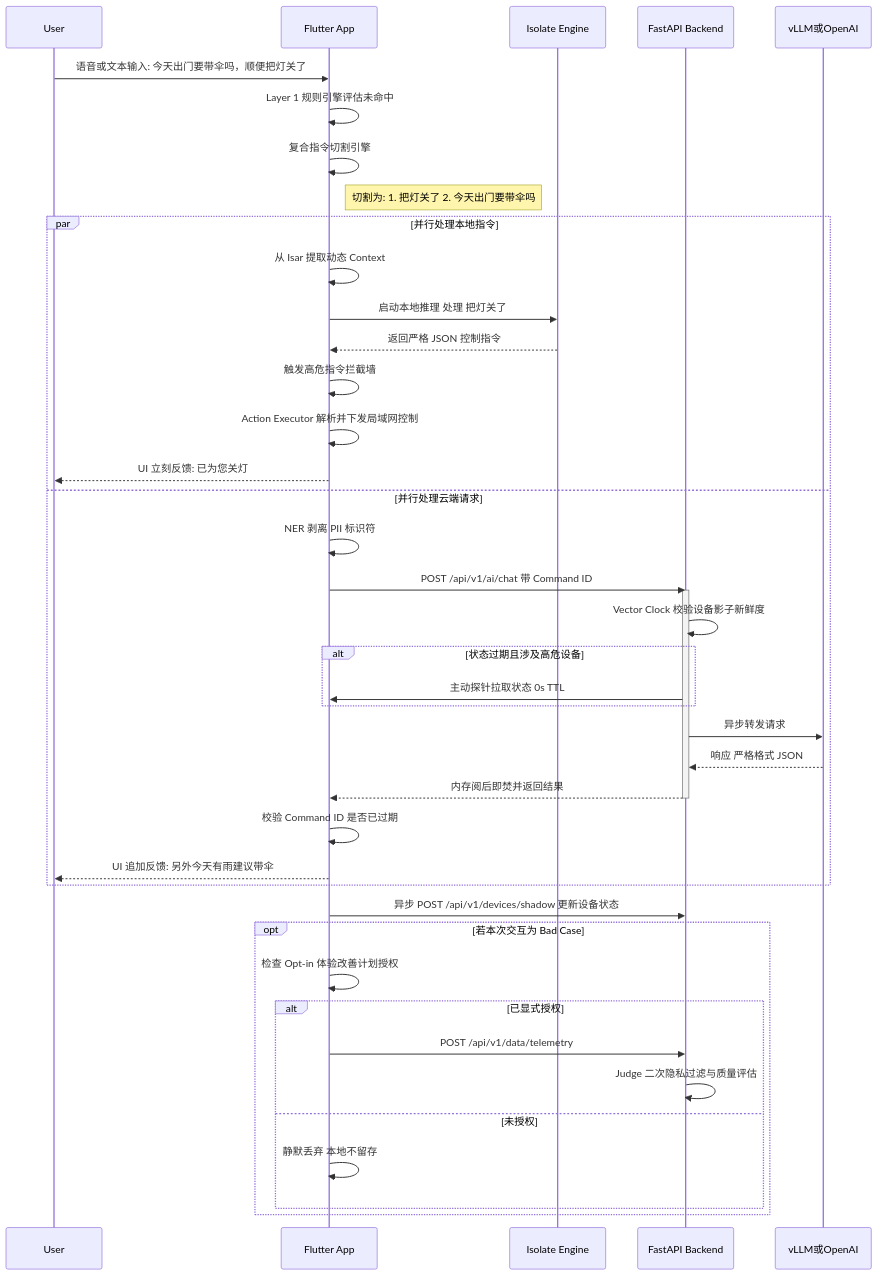
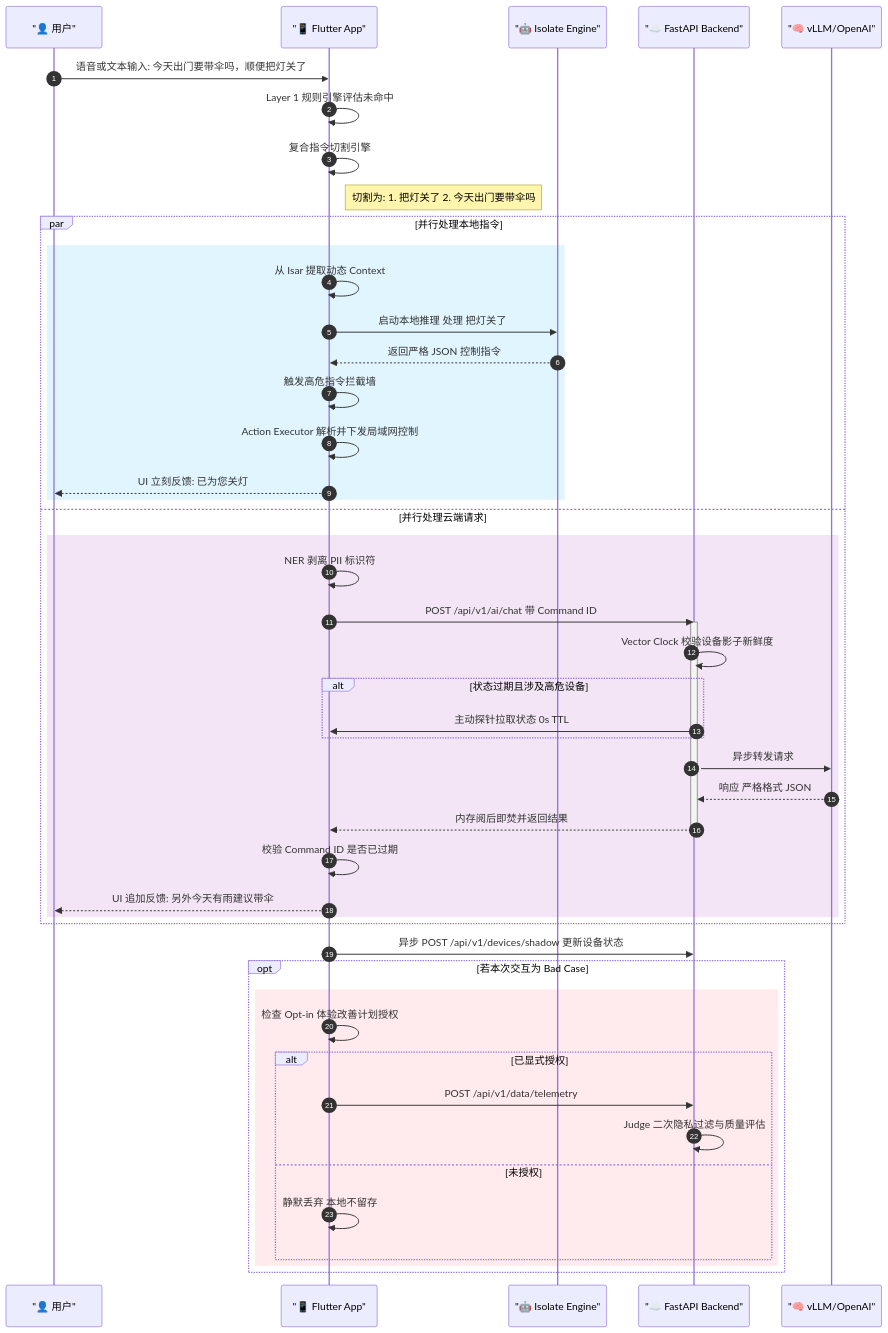
The fourth of 4 diagrams in README.md (aidencck/smart_home_app_on_device_ai), drawn with Mermaid before and after one commit. The commit also changed other lines of this file, not shown here.

Commit message:
docs: refresh badges and enhance mermaid diagrams with professional styling

````diff
--- a/README.md
+++ b/README.md
@@ -299,51 +322,58 @@
 ```mermaid
 sequenceDiagram
-    participant User
-    participant App as Flutter App
-    participant EdgeAI as Isolate Engine
-    participant Cloud as FastAPI Backend
-    participant CloudLLM as vLLM或OpenAI
+    autonumber
+    participant User as "👤 用户"
+    participant App as "📱 Flutter App"
+    participant EdgeAI as "🤖 Isolate Engine"
+    participant Cloud as "☁️ FastAPI Backend"
+    participant CloudLLM as "🧠 vLLM/OpenAI"
 
     User->>App: 语音或文本输入: 今天出门要带伞吗，顺便把灯关了
     App->>App: Layer 1 规则引擎评估未命中
     
     %% 指令解耦逻辑
     App->>App: 复合指令切割引擎
     note right of App: 切割为: 1. 把灯关了 2. 今天出门要带伞吗
     
     par 并行处理本地指令
-        App->>App: 从 Isar 提取动态 Context
-        App->>EdgeAI: 启动本地推理 处理 把灯关了
-        EdgeAI-->>App: 返回严格 JSON 控制指令
-        App->>App: 触发高危指令拦截墙
-        App->>App: Action Executor 解析并下发局域网控制
-        App-->>User: UI 立刻反馈: 已为您关灯
+        rect rgb(225, 245, 254)
+            App->>App: 从 Isar 提取动态 Context
+            App->>EdgeAI: 启动本地推理 处理 把灯关了
+            EdgeAI-->>App: 返回严格 JSON 控制指令
+            App->>App: 触发高危指令拦截墙
+            App->>App: Action Executor 解析并下发局域网控制
+            App-->>User: UI 立刻反馈: 已为您关灯
+        end
     and 并行处理云端请求
-        App->>App: NER 剥离 PII 标识符
-        App->>Cloud: POST /api/v1/ai/chat 带 Command ID
-        activate Cloud
-        Cloud->>Cloud: Vector Clock 校验设备影子新鲜度
-        alt 状态过期且涉及高危设备
-            Cloud->>App: 主动探针拉取状态 0s TTL
+        rect rgb(243, 229, 245)
+            App->>App: NER 剥离 PII 标识符
+            App->>Cloud: POST /api/v1/ai/chat 带 Command ID
+            activate Cloud
+            Cloud->>Cloud: Vector Clock 校验设备影子新鲜度
+            alt 状态过期且涉及高危设备
+                Cloud->>App: 主动探针拉取状态 0s TTL
+            end
+            Cloud->>CloudLLM: 异步转发请求
+            CloudLLM-->>Cloud: 响应 严格格式 JSON
+            Cloud-->>App: 内存阅后即焚并返回结果
+            deactivate Cloud
+            App->>App: 校验 Command ID 是否已过期
+            App-->>User: UI 追加反馈: 另外今天有雨建议带伞
         end
-        Cloud->>CloudLLM: 异步转发请求
-        CloudLLM-->>Cloud: 响应 严格格式 JSON
-        Cloud-->>App: 内存阅后即焚并返回结果
-        deactivate Cloud
-        App->>App: 校验 Command ID 是否已过期
-        App-->>User: UI 追加反馈: 另外今天有雨建议带伞
     end
 
     App->>Cloud: 异步 POST /api/v1/devices/shadow 更新设备状态
     
     %% 数据飞轮合规与评估链路
     opt 若本次交互为 Bad Case
-        App->>App: 检查 Opt-in 体验改善计划授权
-        alt 已显式授权
-            App->>Cloud: POST /api/v1/data/telemetry
-            Cloud->>Cloud: Judge 二次隐私过滤与质量评估
-        else 未授权
-            App->>App: 静默丢弃 本地不留存
+        rect rgb(255, 235, 238)
+            App->>App: 检查 Opt-in 体验改善计划授权
+            alt 已显式授权
+                App->>Cloud: POST /api/v1/data/telemetry
+                Cloud->>Cloud: Judge 二次隐私过滤与质量评估
+            else 未授权
+                App->>App: 静默丢弃 本地不留存
+            end
         end
     end
 ```
````
